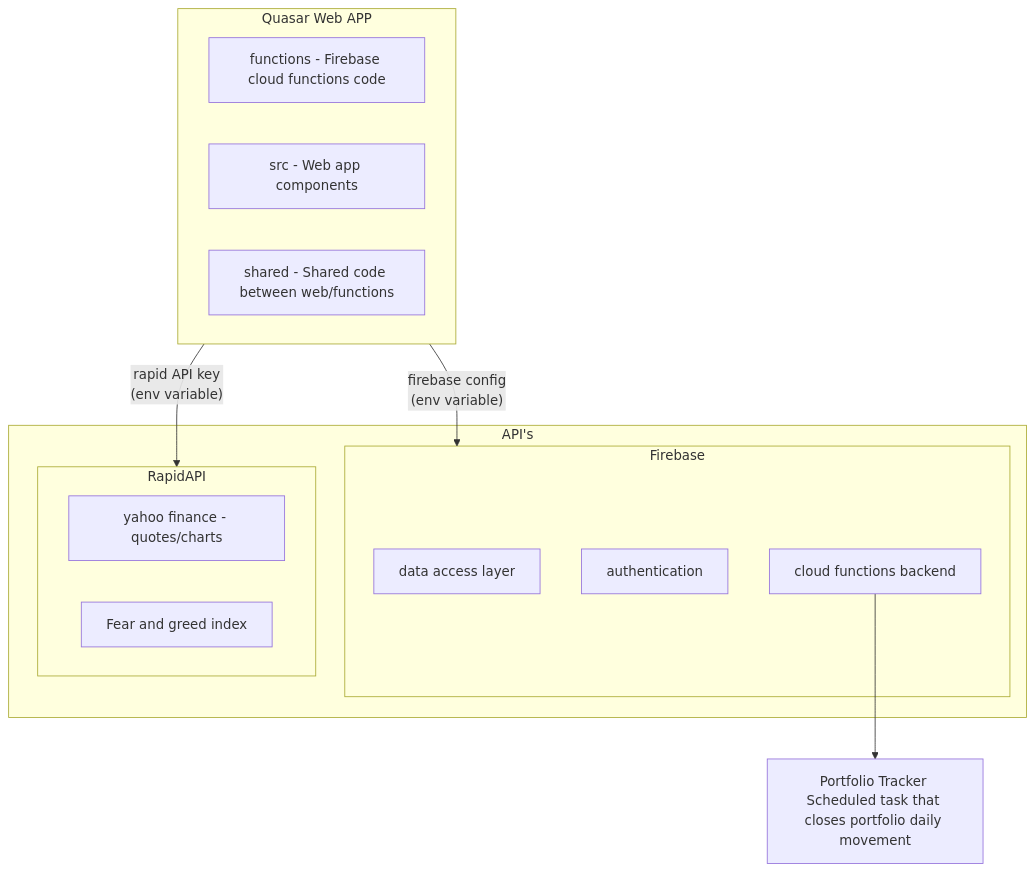
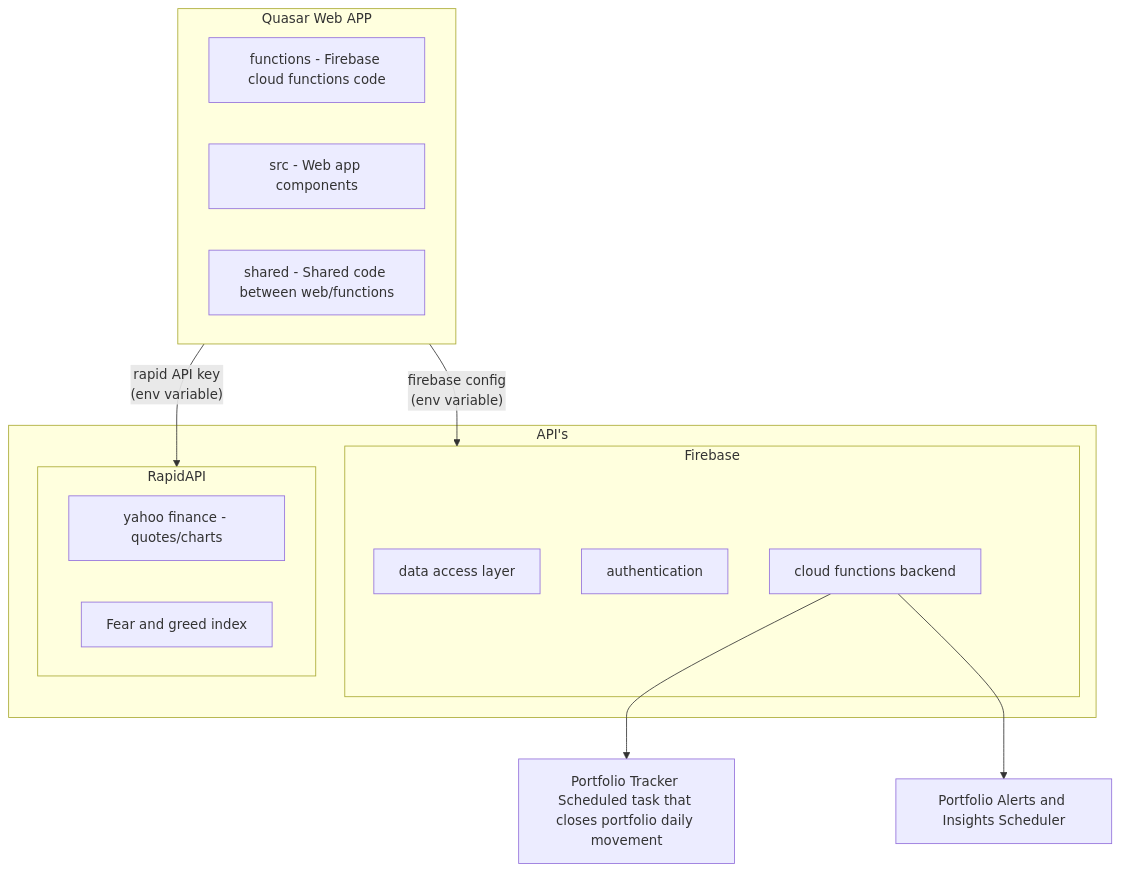
Before and after one commit to odedglas/portfolio-tracker: the diagram in README.md, drawn with Mermaid. The commit also changed other lines of this file, not shown here.

````diff
--- a/README.md
+++ b/README.md
@@ -42,31 +51,33 @@
 ```mermaid
 flowchart TB
 %% Web App Components
   subgraph QuasarWebApp[Quasar Web APP]
     functions[functions - Firebase cloud functions code]
     src[src - Web app components]
     shared[shared - Shared code between web/functions]
   end
 
 %% APIs Components
   subgraph APIs[API's]
     subgraph Firebase
       dataAccess[data access layer]
       auth[authentication]
       cloudFunctions[cloud functions backend]
     end
 
     subgraph RapidAPI
       yahoo[yahoo finance - quotes/charts]
       fearGreed[Fear and greed index]
     end
   end
 
 %% Portfolio Tracker Element
   PortfolioTracker[Portfolio Tracker Scheduled task that closes portfolio daily movement]
+  NotificationScheduler[Portfolio Alerts and Insights Scheduler]
 
 %% Connections with labels as env variables
   QuasarWebApp -->|"firebase config\n(env variable)"| Firebase
   QuasarWebApp -->|"rapid API key\n(env variable)"| RapidAPI
   cloudFunctions --> PortfolioTracker
+  cloudFunctions --> NotificationScheduler
 ```
````
